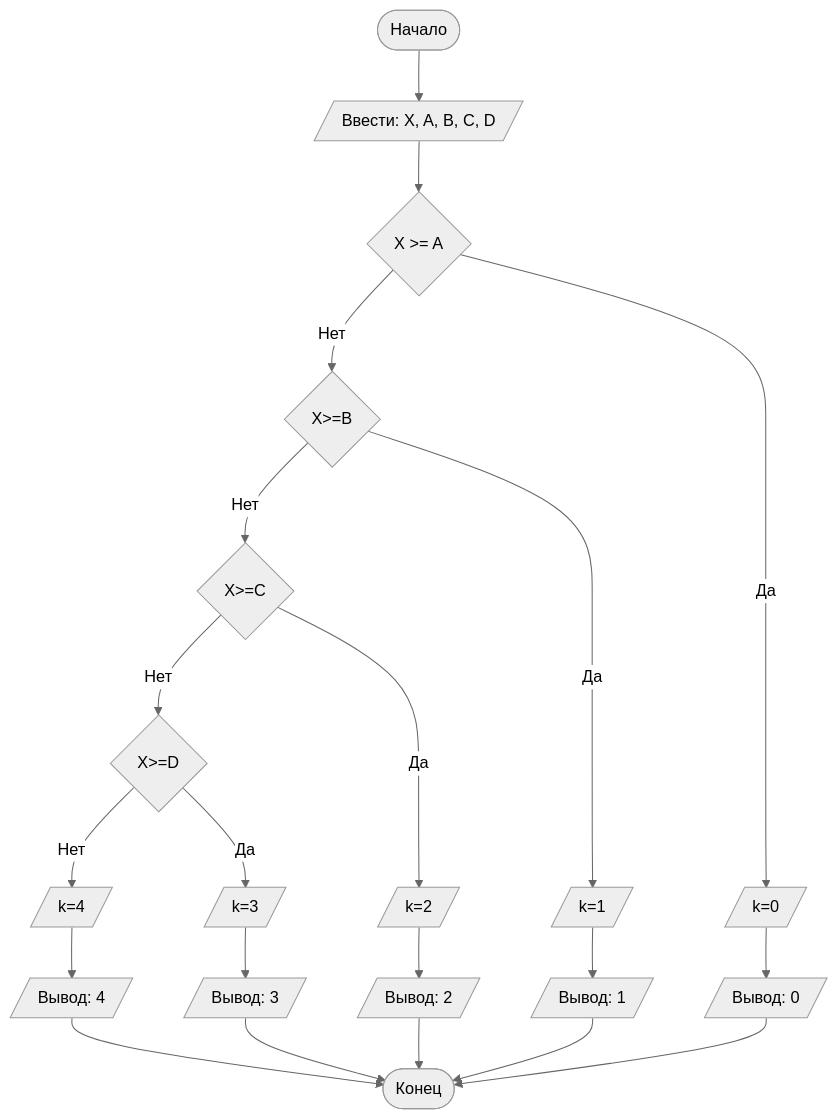
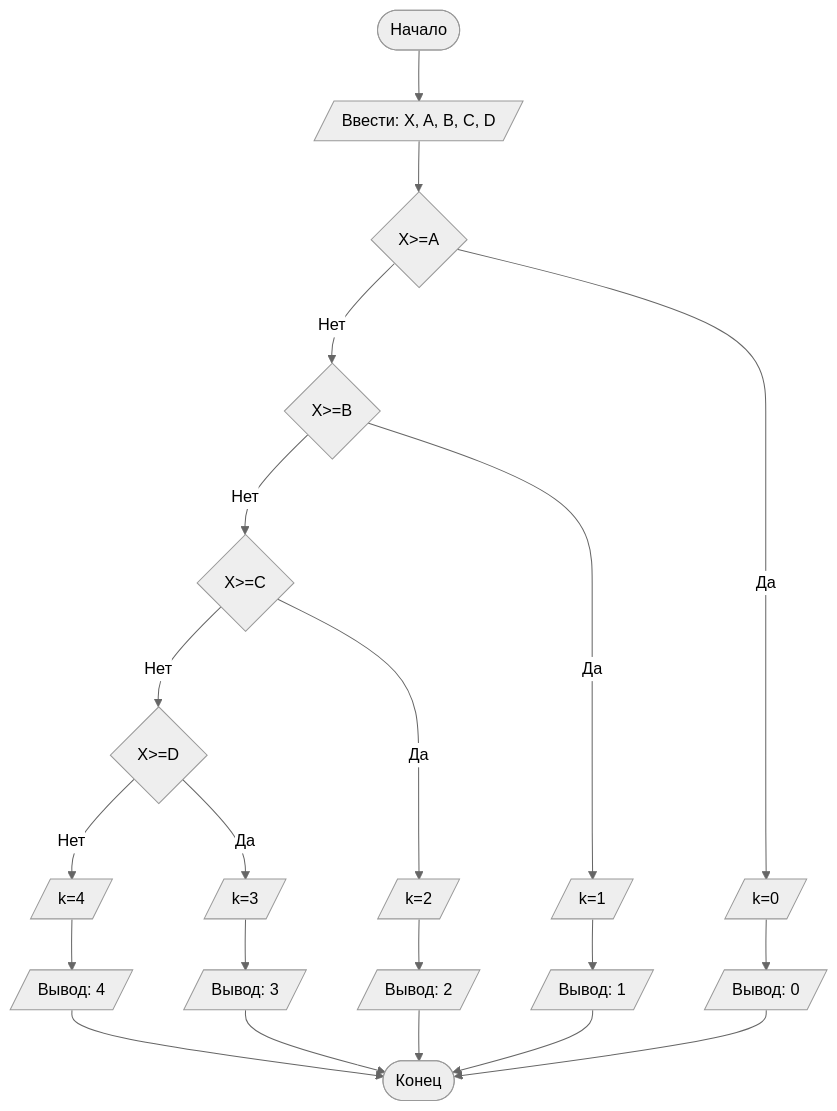
Before and after one commit to irinagvozdeva/Lab1: the diagram in README.md, drawn with Mermaid (neutral theme).

````diff
--- a/README.md
+++ b/README.md
@@ -86,24 +86,24 @@
 ```mermaid
 graph TD
     A([Начало]) --> B[/Ввести: X, A, B, C, D/]
-    B --> C{X >= A}
+    B --> C{X>=A}
     C -- Нет --> D{X>=B}
     D -- Нет --> E{X>=C}
     E -- Нет --> F{X>=D}
     F -- Нет --> H[/k=4/]
     H --> I[/Вывод: 4/]
     C -- Да --> J[/k=0/]
     J --> L[/Вывод: 0/]
     D -- Да --> K[/k=1/]
     K --> M[/Вывод: 1/]
     E -- Да --> G[/k=2/]
     G --> N[/Вывод: 2/]
     F -- Да --> R[/k=3/]
     R --> S[/Вывод: 3/]
     I --> Z
     L --> Z
     M --> Z
     N --> Z
     S --> Z([Конец])
 
 ```
````
